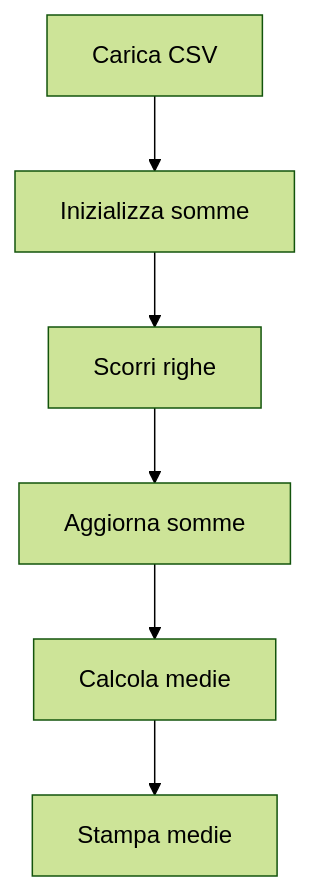
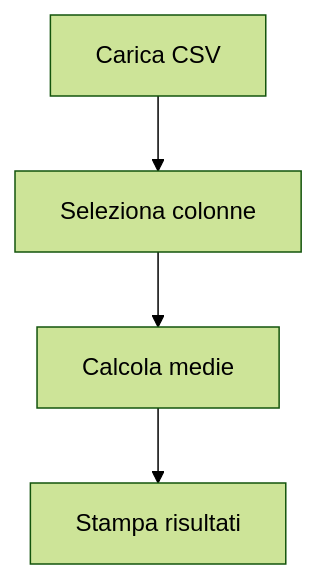
The third of 10 diagrams in 04-python-jupyter-analisi-biomedica/README.md (lucadagati/Lab_Fondamenti_di_Informatica_25_26), drawn with Mermaid (forest theme) before and after one commit. The commit also changed other lines of this file and 11 other files, not shown here.

````diff
--- a/04-python-jupyter-analisi-biomedica/README.md
+++ b/04-python-jupyter-analisi-biomedica/README.md
@@ -72,8 +73,6 @@
 ```mermaid
 flowchart TD
-    A[Carica CSV] --> B[Inizializza somme]
-    B --> C[Scorri righe]
-    C --> D[Aggiorna somme]
-    D --> E[Calcola medie]
-    E --> F[Stampa medie]
+    A[Carica CSV] --> B[Seleziona colonne]
+    B --> C[Calcola medie]
+    C --> D[Stampa risultati]
 ```
````
